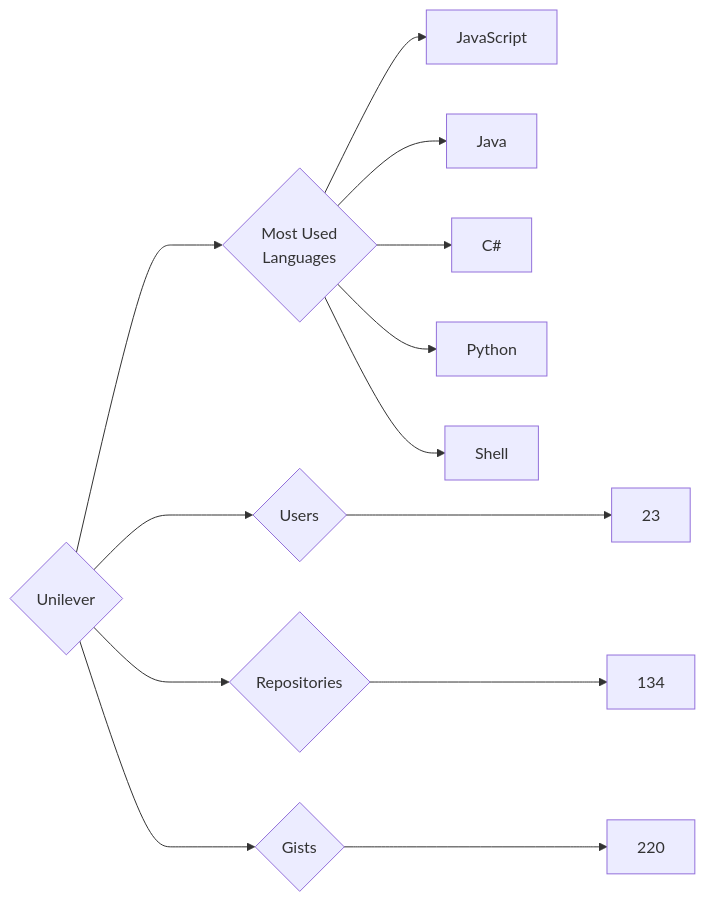
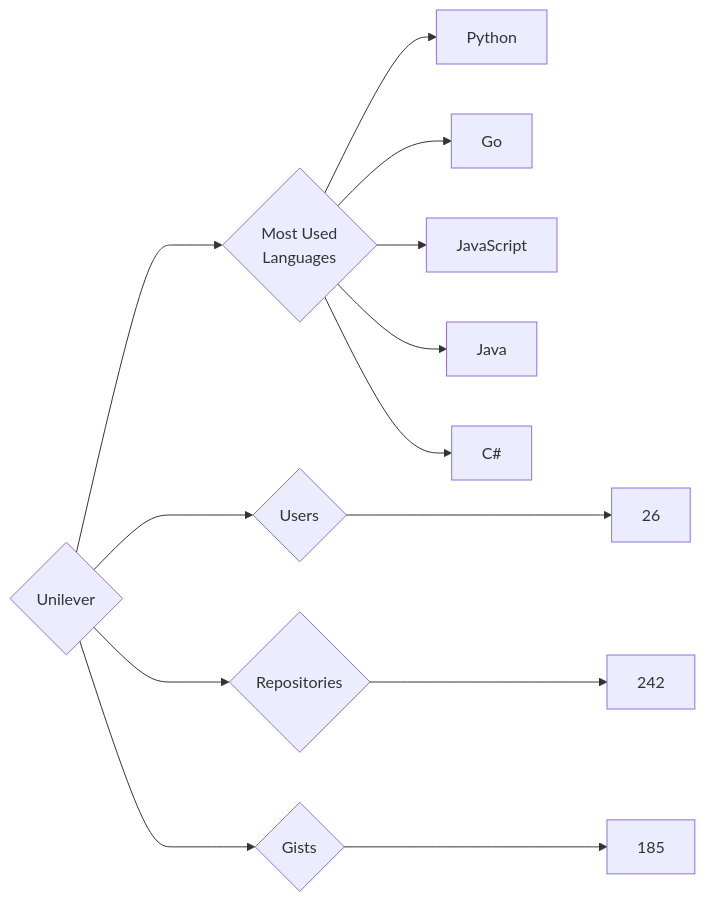
Before and after one commit to trickest/insiders: the diagram in targets/Unilever/README.md, drawn with Mermaid. The commit also changed 1011 other files, not shown here.

````diff
--- a/targets/Unilever/README.md
+++ b/targets/Unilever/README.md
@@ -3,13 +3,13 @@
 ```mermaid
 graph LR
 COMPANY_NAME{Unilever}
-COMPANY_NAME ---> U{Users} ---> UN[23]
-COMPANY_NAME ---> R{Repositories} ---> RN[134]
-COMPANY_NAME ---> G{Gists} ---> GN[220]
+COMPANY_NAME ---> U{Users} ---> UN[26]
+COMPANY_NAME ---> R{Repositories} ---> RN[242]
+COMPANY_NAME ---> G{Gists} ---> GN[185]
 COMPANY_NAME ---> ML{Most Used<br>Languages}
+ML --> Python[Python]
+ML --> Go[Go]
 ML --> JavaScript[JavaScript]
 ML --> Java[Java]
 ML --> C#[C#]
-ML --> Python[Python]
-ML --> Shell[Shell]
 ```
````
